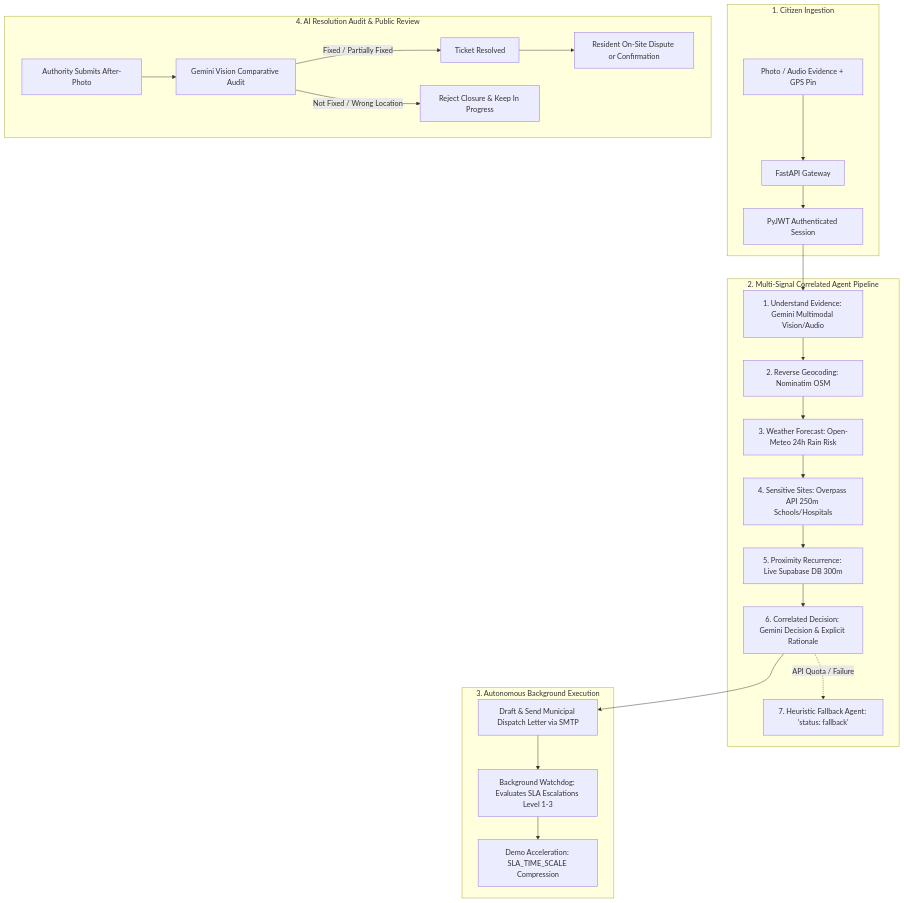
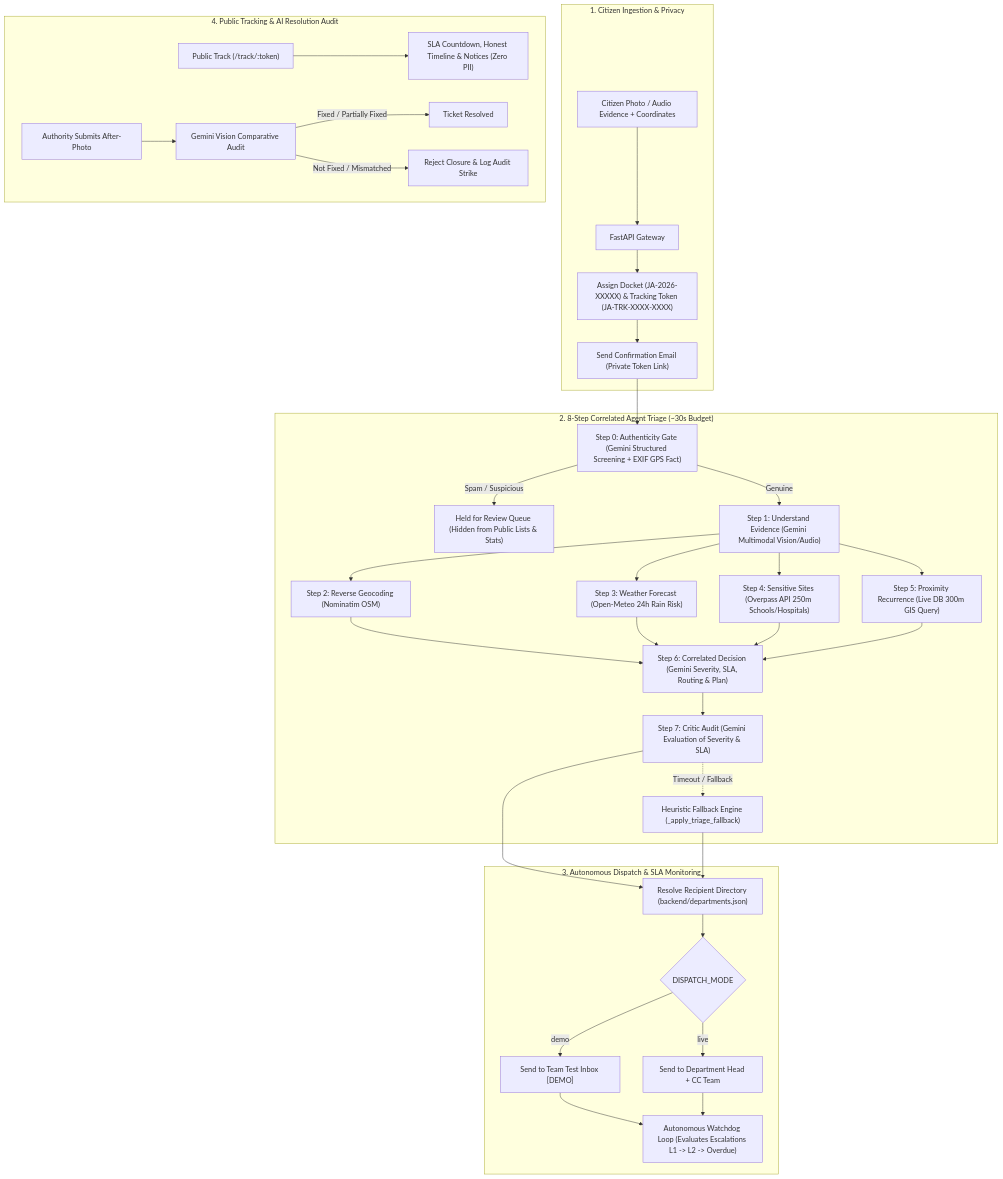
One commit to Syed-Haseeb97/Forge_project changed the diagram in README.md. Above: the diagram before and after it, drawn with Mermaid. The commit also changed other lines of this file and 20 other files, not shown here.

````diff
--- a/README.md
+++ b/README.md
@@ -62,30 +65,36 @@
 ```mermaid
 flowchart TD
-    subgraph Ingestion["1. Citizen Ingestion"]
-        A[Photo / Audio Evidence + GPS Pin] --> B[FastAPI Gateway]
-        B --> C[PyJWT Authenticated Session]
+    subgraph Ingestion["1. Citizen Ingestion & Privacy"]
+        A["Citizen Photo / Audio Evidence + Coordinates"] --> B["FastAPI Gateway"]
+        B --> C["Assign Docket (JA-2026-XXXXX) & Tracking Token (JA-TRK-XXXX-XXXX)"]
+        C --> D["Send Confirmation Email (Private Token Link)"]
     end
 
-    subgraph AgentPipeline["2. Multi-Signal Correlated Agent Pipeline"]
-        C --> D1[1. Understand Evidence: Gemini Multimodal Vision/Audio]
-        D1 --> D2[2. Reverse Geocoding: Nominatim OSM]
-        D2 --> D3[3. Weather Forecast: Open-Meteo 24h Rain Risk]
-        D3 --> D4[4. Sensitive Sites: Overpass API 250m Schools/Hospitals]
-        D4 --> D5[5. Proximity Recurrence: Live Supabase DB 300m]
-        D5 --> D6[6. Correlated Decision: Gemini Decision & Explicit Rationale]
-        D6 -.->|API Quota / Failure| D7[7. Heuristic Fallback Agent: 'status: fallback']
+    subgraph AgentPipeline["2. 8-Step Correlated Agent Triage (~30s Budget)"]
+        D --> E0["Step 0: Authenticity Gate (Gemini Structured Screening + EXIF GPS Fact)"]
+        E0 -->|Spam / Suspicious| E0H["Held for Review Queue (Hidden from Public Lists & Stats)"]
+        E0 -->|Genuine| E1["Step 1: Understand Evidence (Gemini Multimodal Vision/Audio)"]
+        E1 --> E2["Step 2: Reverse Geocoding (Nominatim OSM)"]
+        E1 --> E3["Step 3: Weather Forecast (Open-Meteo 24h Rain Risk)"]
+        E1 --> E4["Step 4: Sensitive Sites (Overpass API 250m Schools/Hospitals)"]
+        E1 --> E5["Step 5: Proximity Recurrence (Live DB 300m GIS Query)"]
+        E2 & E3 & E4 & E5 --> E6["Step 6: Correlated Decision (Gemini Severity, SLA, Routing & Plan)"]
+        E6 --> E7["Step 7: Critic Audit (Gemini Evaluation of Severity & SLA)"]
+        E7 -.->|Timeout / Fallback| E8["Heuristic Fallback Engine (_apply_triage_fallback)"]
     end
 
-    subgraph AutonomousWorkers["3. Autonomous Background Execution"]
-        D6 --> E1[Draft & Send Municipal Dispatch Letter via SMTP]
-        E1 --> E2[Background Watchdog: Evaluates SLA Escalations Level 1-3]
-        E2 --> E3[Demo Acceleration: SLA_TIME_SCALE Compression]
+    subgraph DispatchAndWatchdog["3. Autonomous Dispatch & SLA Monitoring"]
+        E7 & E8 --> F1["Resolve Recipient Directory (backend/departments.json)"]
+        F1 --> F2{"DISPATCH_MODE"}
+        F2 -->|demo| F3["Send to Team Test Inbox [DEMO]"]
+        F2 -->|live| F4["Send to Department Head + CC Team"]
+        F3 & F4 --> F5["Autonomous Watchdog Loop (Evaluates Escalations L1 -> L2 -> Overdue)"]
     end
 
-    subgraph ResolutionVerification["4. AI Resolution Audit & Public Review"]
-        F1[Authority Submits After-Photo] --> F2[Gemini Vision Comparative Audit]
-        F2 -->|Fixed / Partially Fixed| F3[Ticket Resolved]
-        F2 -->|Not Fixed / Wrong Location| F4[Reject Closure & Keep In Progress]
-        F3 --> F5[Resident On-Site Dispute or Confirmation]
+    subgraph PublicAccountability["4. Public Tracking & AI Resolution Audit"]
+        G1["Public Track (/track/:token)"] --> G2["SLA Countdown, Honest Timeline & Notices (Zero PII)"]
+        H1["Authority Submits After-Photo"] --> H2["Gemini Vision Comparative Audit"]
+        H2 -->|Fixed / Partially Fixed| H3["Ticket Resolved"]
+        H2 -->|Not Fixed / Mismatched| H4["Reject Closure & Log Audit Strike"]
     end
 ```
````
